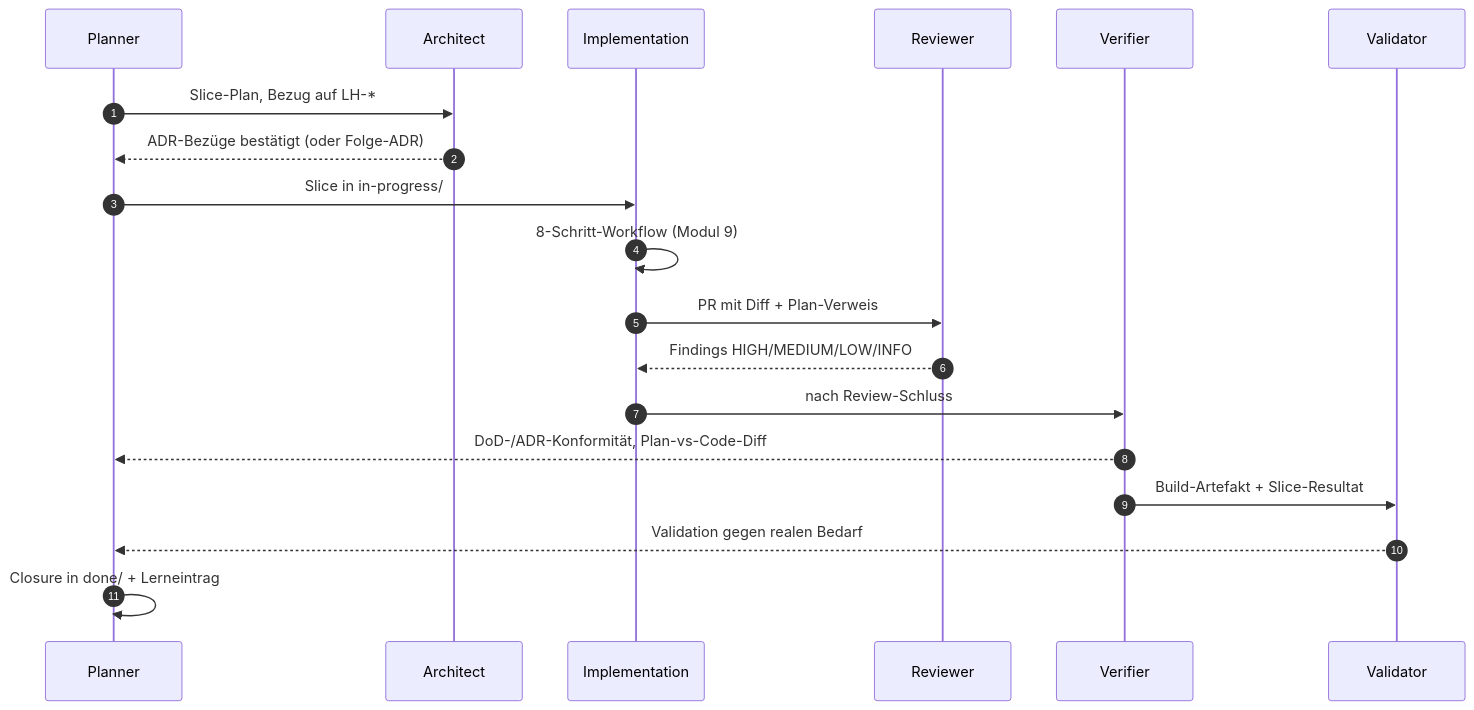
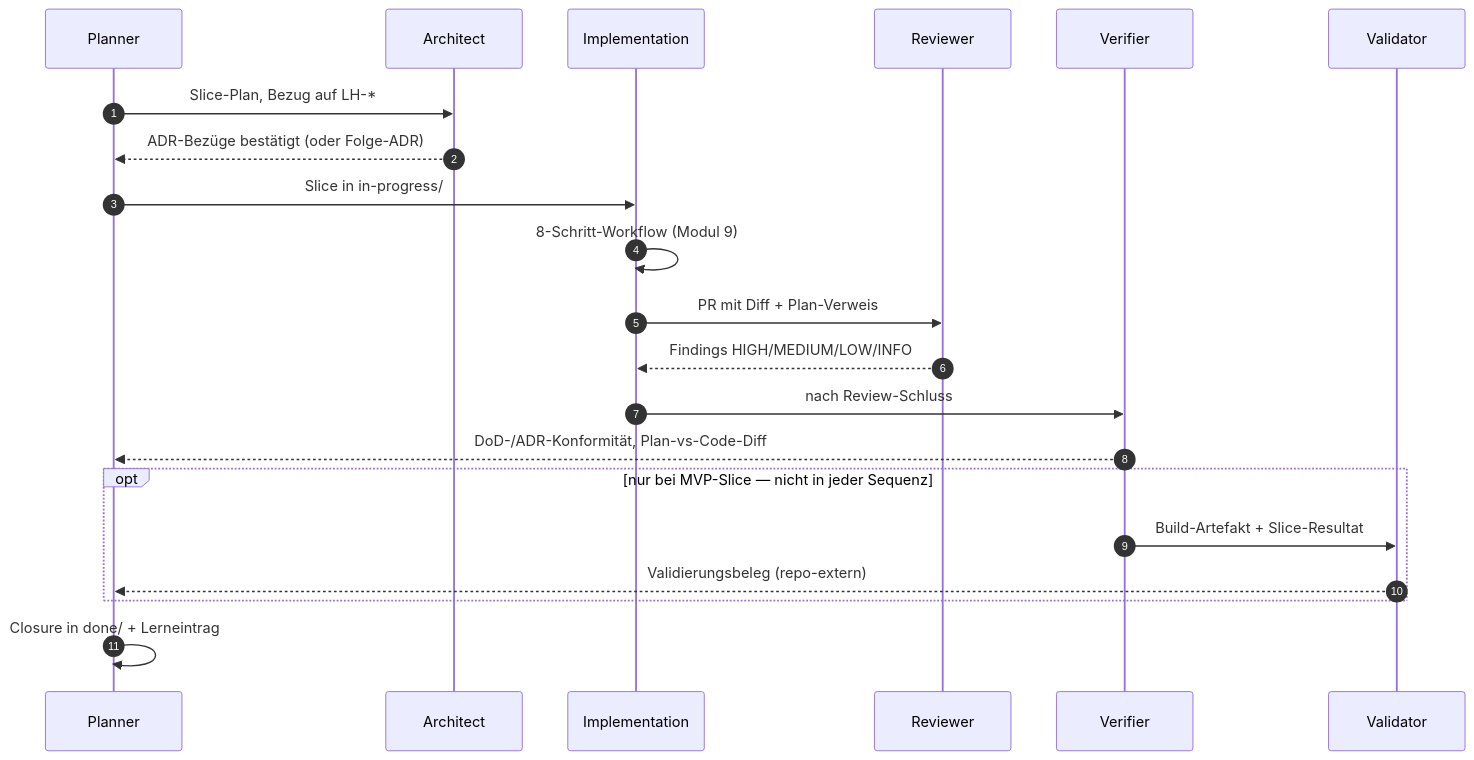
Before and after one commit to pt9912/ai-harness-course: the first of 2 diagrams in kurs/de/03-agenten/modul-08-agentenrollen.md, drawn with Mermaid. The commit also changed other lines of this file and 6 other files, not shown here.

````diff
--- a/kurs/de/03-agenten/modul-08-agentenrollen.md
+++ b/kurs/de/03-agenten/modul-08-agentenrollen.md
@@ -39,22 +39,24 @@
 ```mermaid
 sequenceDiagram
     autonumber
     participant P as Planner
     participant A as Architect
     participant I as Implementation
     participant R as Reviewer
     participant Vf as Verifier
     participant Vl as Validator
 
     P->>A: Slice-Plan, Bezug auf LH-*
     A-->>P: ADR-Bezüge bestätigt (oder Folge-ADR)
     P->>I: Slice in in-progress/
     I->>I: 8-Schritt-Workflow (Modul 9)
     I->>R: PR mit Diff + Plan-Verweis
     R-->>I: Findings HIGH/MEDIUM/LOW/INFO
     I->>Vf: nach Review-Schluss
     Vf-->>P: DoD-/ADR-Konformität, Plan-vs-Code-Diff
-    Vf->>Vl: Build-Artefakt + Slice-Resultat
-    Vl-->>P: Validation gegen realen Bedarf
+    opt nur bei MVP-Slice — nicht in jeder Sequenz
+        Vf->>Vl: Build-Artefakt + Slice-Resultat
+        Vl-->>P: Validierungsbeleg (repo-extern)
+    end
     P->>P: Closure in done/ + Lerneintrag
 ```
````
